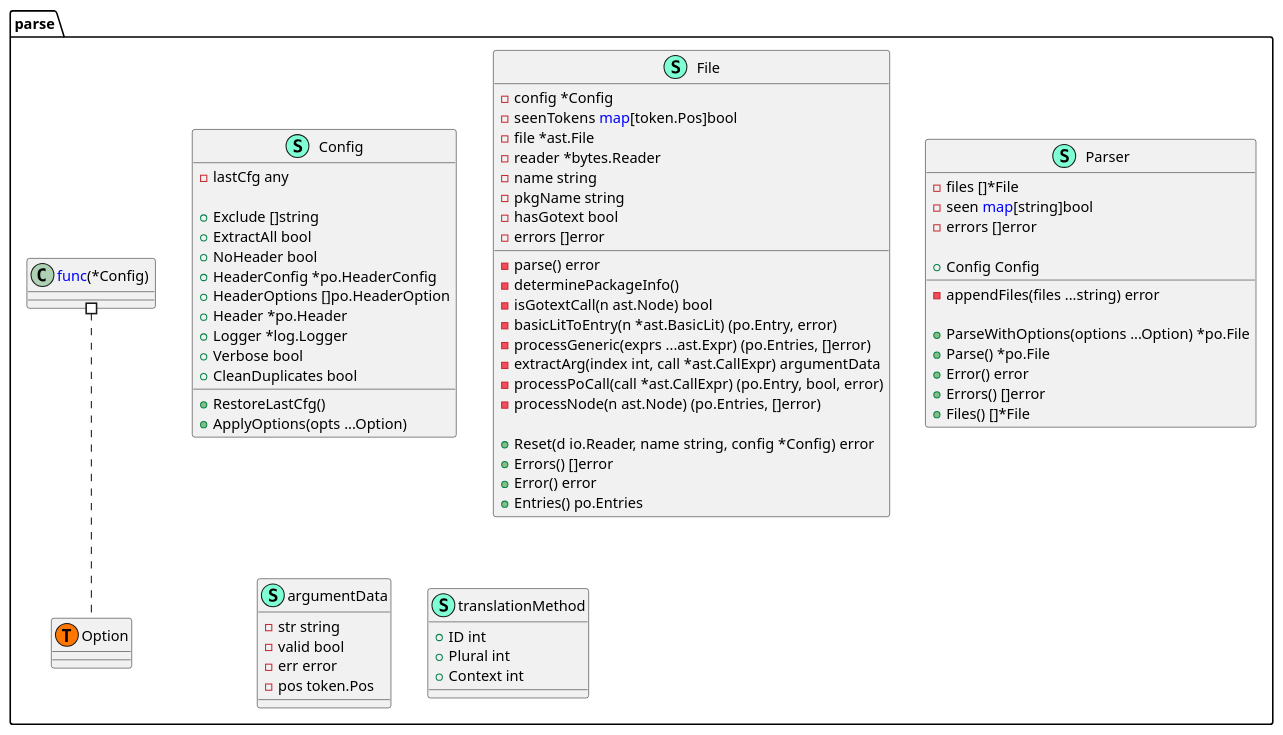
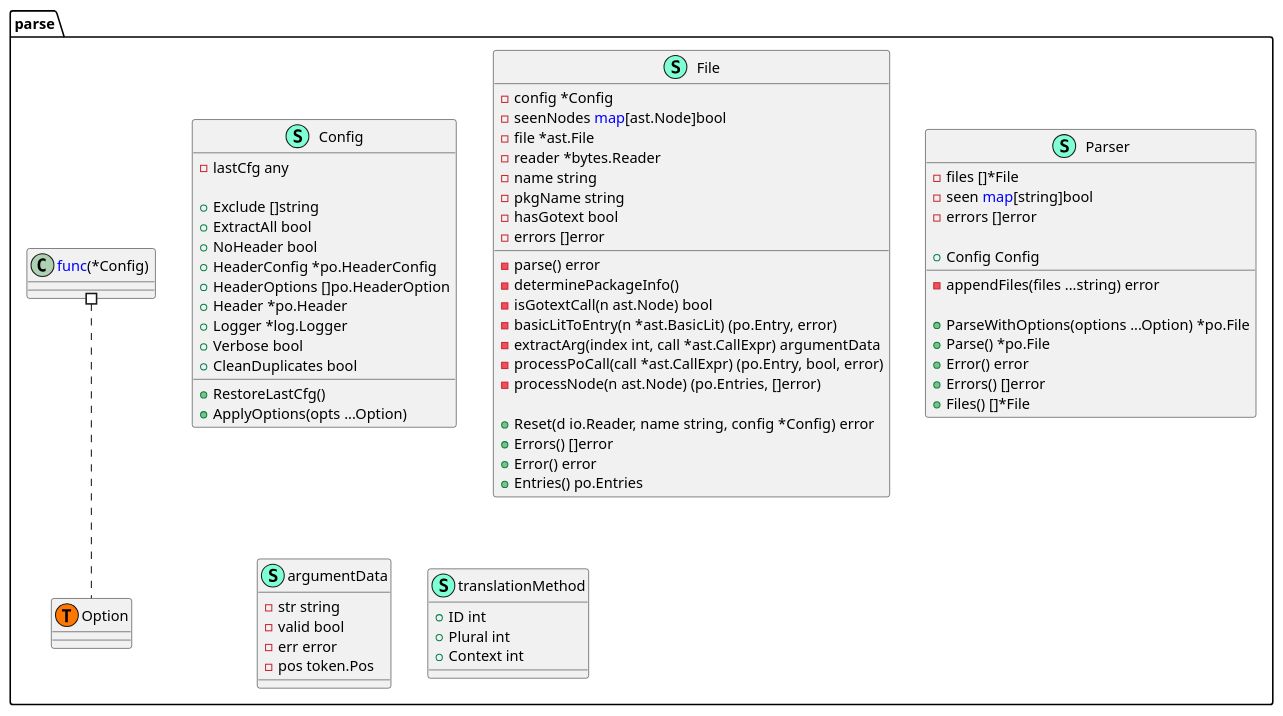
The diagram in pkg/go/parse/structure.puml (Tom5521/gotext-tools), drawn with PlantUML before and after one commit. The commit also changed 22 other files, not shown here.

```diff
--- a/pkg/go/parse/structure.puml
+++ b/pkg/go/parse/structure.puml
@@ -1,80 +1,79 @@
 @startuml
 namespace parse {
     class Config << (S,Aquamarine) >> {
         - lastCfg any
 
         + Exclude []string
         + ExtractAll bool
         + NoHeader bool
         + HeaderConfig *po.HeaderConfig
         + HeaderOptions []po.HeaderOption
         + Header *po.Header
         + Logger *log.Logger
         + Verbose bool
         + CleanDuplicates bool
 
         + RestoreLastCfg() 
         + ApplyOptions(opts ...Option) 
 
     }
     class File << (S,Aquamarine) >> {
         - config *Config
-        - seenTokens <font color=blue>map</font>[token.Pos]bool
+        - seenNodes <font color=blue>map</font>[ast.Node]bool
         - file *ast.File
         - reader *bytes.Reader
         - name string
         - pkgName string
         - hasGotext bool
         - errors []error
 
         - parse() error
         - determinePackageInfo() 
         - isGotextCall(n ast.Node) bool
         - basicLitToEntry(n *ast.BasicLit) (po.Entry, error)
-        - processGeneric(exprs ...ast.Expr) (po.Entries, []error)
         - extractArg(index int, call *ast.CallExpr) argumentData
         - processPoCall(call *ast.CallExpr) (po.Entry, bool, error)
         - processNode(n ast.Node) (po.Entries, []error)
 
         + Reset(d io.Reader, name string, config *Config) error
         + Errors() []error
         + Error() error
         + Entries() po.Entries
 
     }
     class Parser << (S,Aquamarine) >> {
         - files []*File
         - seen <font color=blue>map</font>[string]bool
         - errors []error
 
         + Config Config
 
         - appendFiles(files ...string) error
 
         + ParseWithOptions(options ...Option) *po.File
         + Parse() *po.File
         + Error() error
         + Errors() []error
         + Files() []*File
 
     }
     class argumentData << (S,Aquamarine) >> {
         - str string
         - valid bool
         - err error
         - pos token.Pos
 
     }
     class parse.Option << (T, #FF7700) >>  {
     }
     class translationMethod << (S,Aquamarine) >> {
         + ID int
         + Plural int
         + Context int
 
     }
 }
 
 
 "parse.<font color=blue>func</font>(*Config) " #.. "parse.Option"
 @enduml
```
